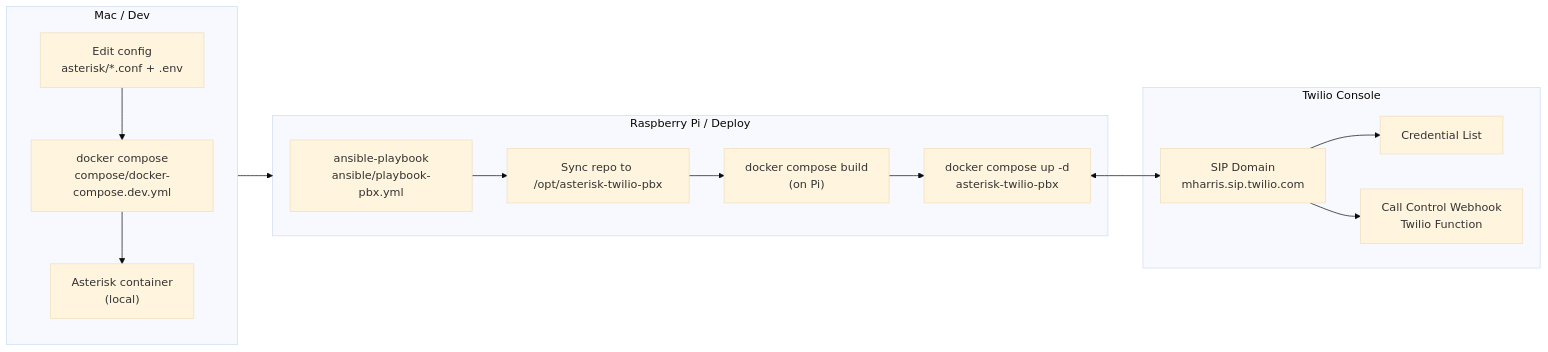
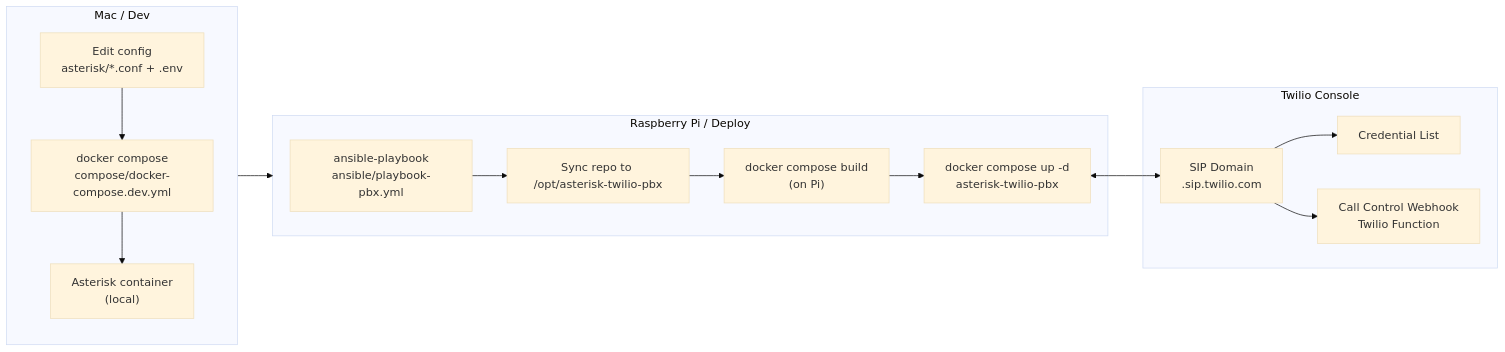
Before and after one commit to miketigerblue/asterisk-twilio-pbx: the first of 2 diagrams in README.md, drawn with Mermaid (base theme). The commit also changed other lines of this file and 24 other files, not shown here.

````diff
--- a/README.md
+++ b/README.md
@@ -42,24 +80,25 @@
 ```mermaid
 flowchart LR
   subgraph Dev[Mac / Dev]
     A["Edit config<br/>asterisk/*.conf + .env"] --> B["docker compose<br/>compose/docker-compose.dev.yml"]
     B --> C["Asterisk container<br/>(local)"]
   end
 
   subgraph Deploy[Raspberry Pi / Deploy]
     D["ansible-playbook<br/>ansible/playbook-pbx.yml"] --> E["Sync repo to /opt/asterisk-twilio-pbx"]
     E --> F["docker compose build<br/>(on Pi)"]
     F --> G["docker compose up -d<br/>asterisk-twilio-pbx"]
   end
 
   subgraph Twilio[Twilio Console]
-    H["SIP Domain<br/>mharris.sip.twilio.com"]
+    H["SIP Domain<br/><your-sip-domain>.sip.twilio.com"]
     I["Credential List"]
     J["Call Control Webhook<br/>Twilio Function"]
   end
 
   Dev --> Deploy
   G <--> H
   H --> I
   H --> J
+
 ```
````
